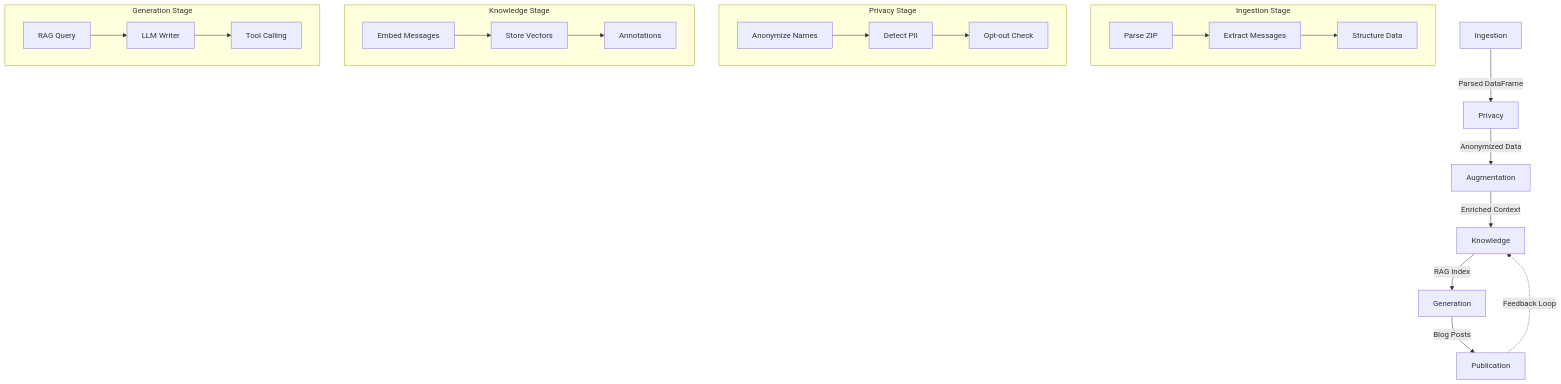
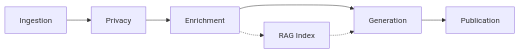
The first of 2 diagrams in docs/guide/architecture.md (franklinbaldo/egregora), drawn with Mermaid before and after one commit. The commit also changed other lines of this file and 45 other files, not shown here.

````diff
--- a/docs/guide/architecture.md
+++ b/docs/guide/architecture.md
@@ -7,25 +7,9 @@
 ```mermaid
-graph TD
-    A[Ingestion] -->|Parsed DataFrame| B[Privacy]
-    B -->|Anonymized Data| C[Augmentation]
-    C -->|Enriched Context| D[Knowledge]
-    D -->|RAG Index| E[Generation]
-    E -->|Blog Posts| F[Publication]
-    F -.->|Feedback Loop| D
-
-    subgraph "Ingestion Stage"
-    A1[Parse ZIP] --> A2[Extract Messages] --> A3[Structure Data]
-    end
-
-    subgraph "Privacy Stage"
-    B1[Anonymize Names] --> B2[Detect PII] --> B3[Opt-out Check]
-    end
-
-    subgraph "Knowledge Stage"
-    D1[Embed Messages] --> D2[Store Vectors] --> D3[Annotations]
-    end
-
-    subgraph "Generation Stage"
-    E1[RAG Query] --> E2[LLM Writer] --> E3[Tool Calling]
-    end
+graph LR
+    A[Ingestion] --> B[Privacy]
+    B --> C[Enrichment]
+    C --> D[Generation]
+    D --> E[Publication]
+    C -.-> F[RAG Index]
+    F -.-> D
 ```
````
